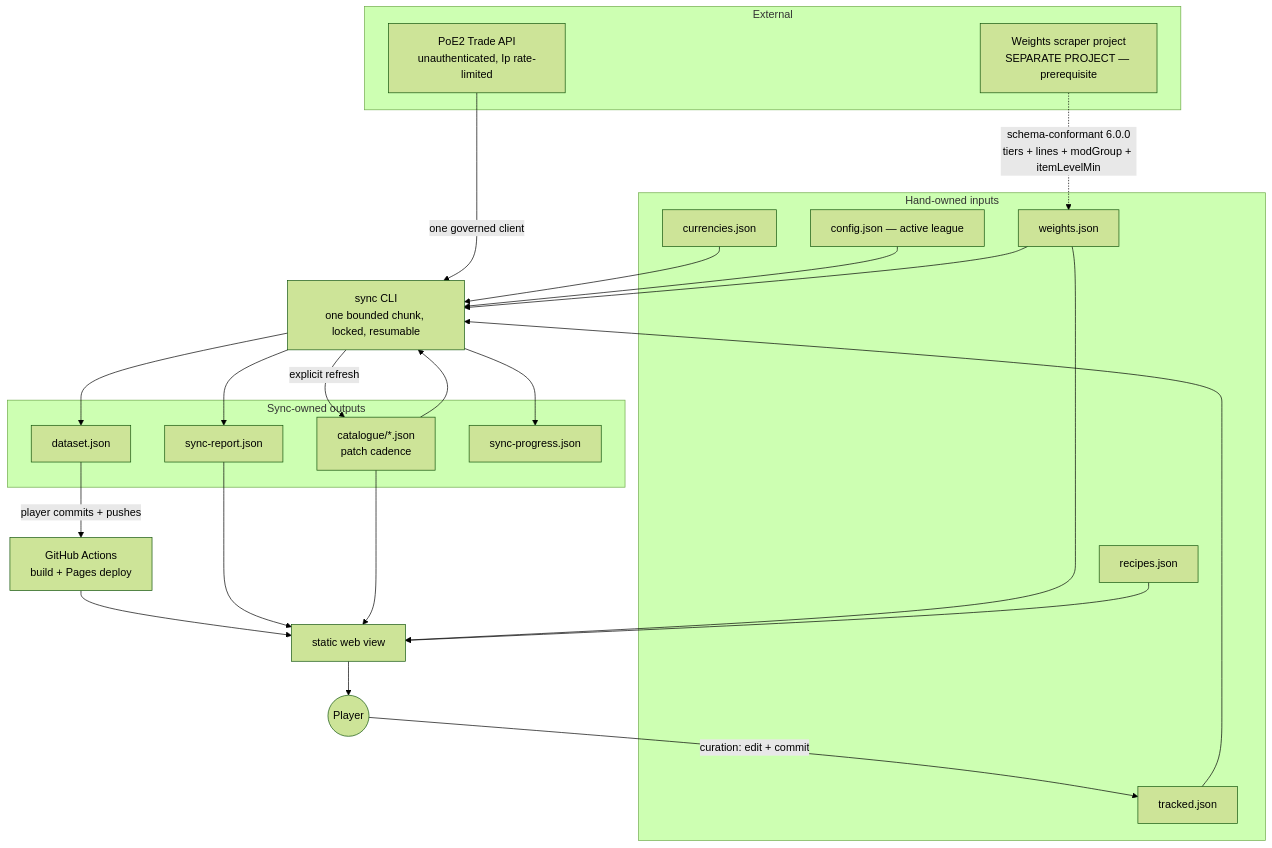
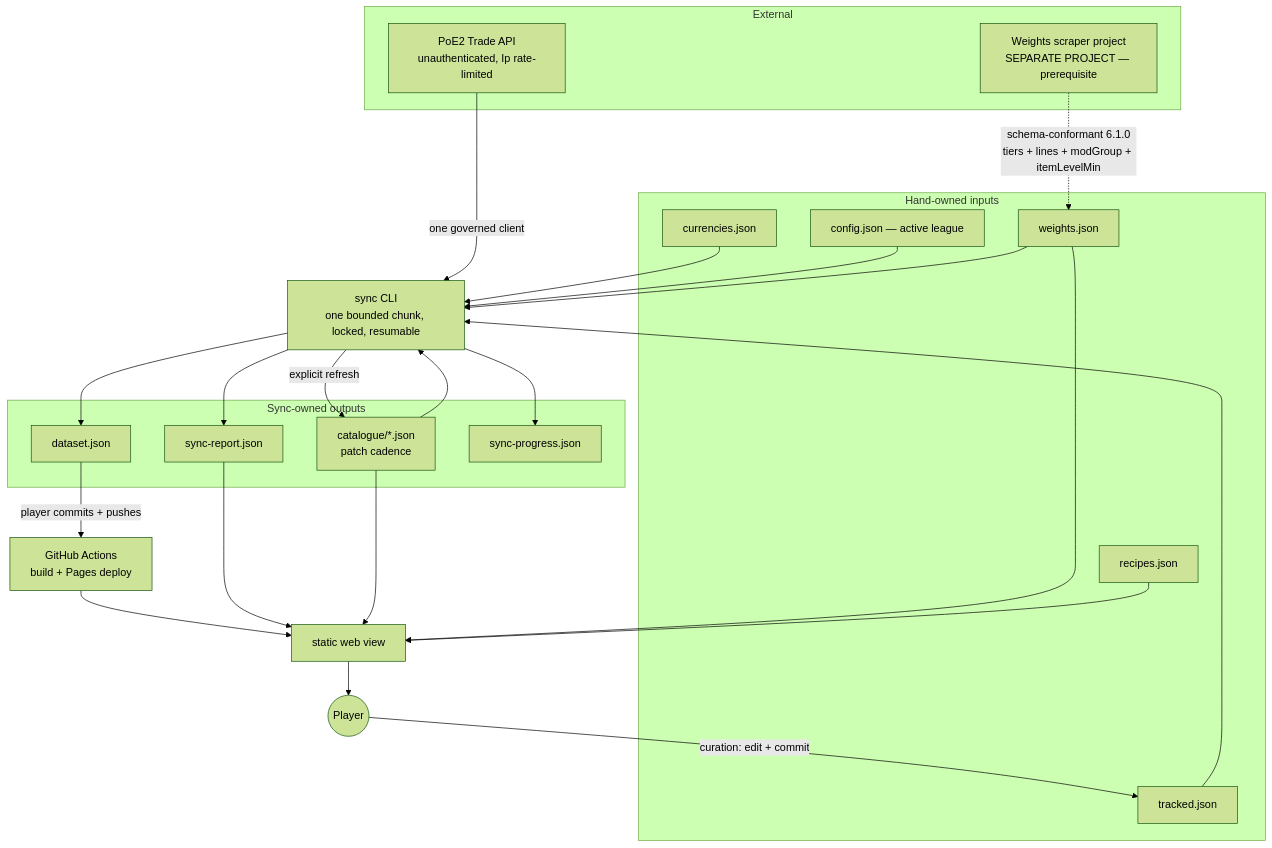
One commit to Dragsaw/poe-crafting-base-price-checker changed the second of 3 diagrams in docs/architecture/architecture-poe-crafting-base-price-checker-2026-09-12/ARCHITECTURE-SPINE.md. Above: the diagram before and after it, drawn with Mermaid (forest theme). The commit also changed other lines of this file and 5 other files, not shown here.

Commit message:
docs(architecture): spine revision 23 — not-in-game tiers, the pair-scoped Provenance fold, weight-0 containment and empty pools

````diff
--- a/docs/architecture/architecture-poe-crafting-base-price-checker-2026-09-12/ARCHITECTURE-SPINE.md
+++ b/docs/architecture/architecture-poe-crafting-base-price-checker-2026-09-12/ARCHITECTURE-SPINE.md
@@ -1786,47 +1810,47 @@
 ```mermaid
 graph TB
   subgraph external[External]
     trade[PoE2 Trade API<br/>unauthenticated, Ip rate-limited]
     producer[Weights scraper project<br/>SEPARATE PROJECT — prerequisite]
   end
 
   subgraph inputs[Hand-owned inputs]
     tracked[tracked.json]
     currencies[currencies.json]
     recipes[recipes.json]
     config[config.json — active league]
     weights[weights.json]
   end
 
   subgraph outputs[Sync-owned outputs]
     catalogue[catalogue/*.json<br/>patch cadence]
     dataset[dataset.json]
     report[sync-report.json]
     progress[sync-progress.json]
   end
 
   sync[sync CLI<br/>one bounded chunk, locked, resumable]
   pages[GitHub Actions<br/>build + Pages deploy]
   web[static web view]
   player((Player))
 
   trade -->|one governed client| sync
   tracked --> sync
   currencies --> sync
   config --> sync
   catalogue --> sync
   weights --> sync
   sync -->|explicit refresh| catalogue
   sync --> dataset
   sync --> report
   sync --> progress
-  producer -.->|schema-conformant 6.0.0<br/>tiers + lines + modGroup + itemLevelMin| weights
+  producer -.->|schema-conformant 6.1.0<br/>tiers + lines + modGroup + itemLevelMin| weights
   dataset -->|player commits + pushes| pages
   pages --> web
   weights --> web
   recipes --> web
   report --> web
   catalogue --> web
   web --> player
   player -->|curation: edit + commit| tracked
 ```
````
